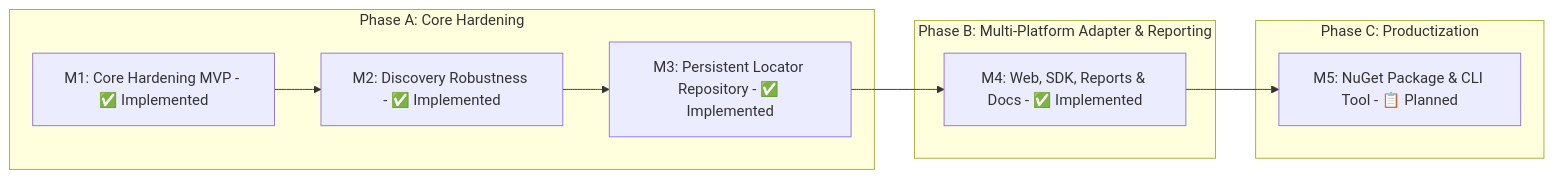
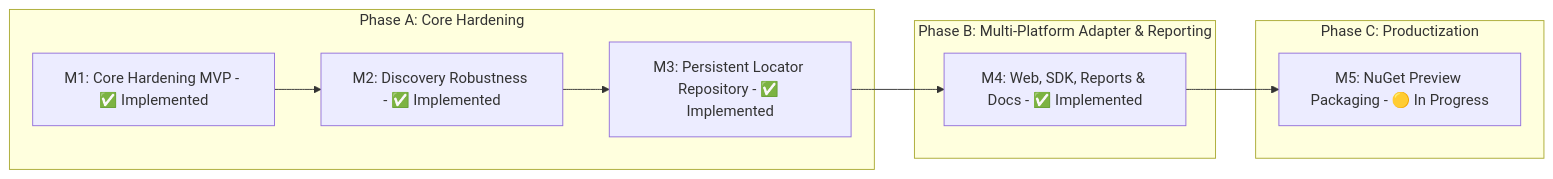
The third of 6 diagrams in PROJECT_SHOWCASE.md (mustafasercansak/automation-sandbox), drawn with Mermaid before and after one commit. The commit also changed other lines of this file and 10 other files, not shown here.

Commit message:
feat: prepare NuGet preview packaging workflow

````diff
--- a/PROJECT_SHOWCASE.md
+++ b/PROJECT_SHOWCASE.md
@@ -186,16 +186,16 @@
 ```mermaid
 graph LR
     subgraph PhaseA [Phase A: Core Hardening]
         M1[M1: Core Hardening MVP - ✅ Implemented]
         M2[M2: Discovery Robustness - ✅ Implemented]
         M3[M3: Persistent Locator Repository - ✅ Implemented]
         M1 --> M2 --> M3
     end
     subgraph PhaseB [Phase B: Multi-Platform Adapter & Reporting]
         M4[M4: Web, SDK, Reports & Docs - ✅ Implemented]
     end
     subgraph PhaseC [Phase C: Productization]
-        M5[M5: NuGet Package & CLI Tool - 📋 Planned]
+        M5[M5: NuGet Preview Packaging - 🟡 In Progress]
     end
     M3 --> M4 --> M5
 ```
````
